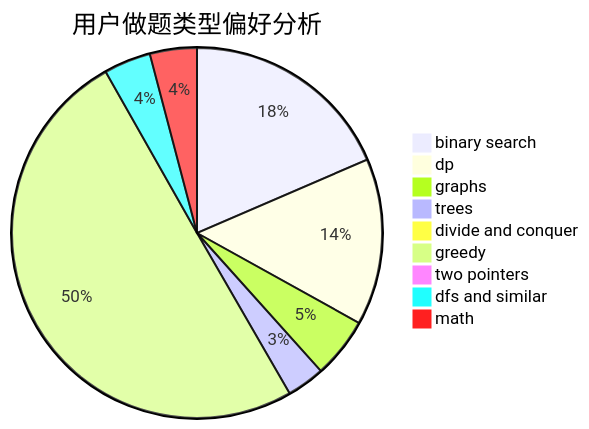
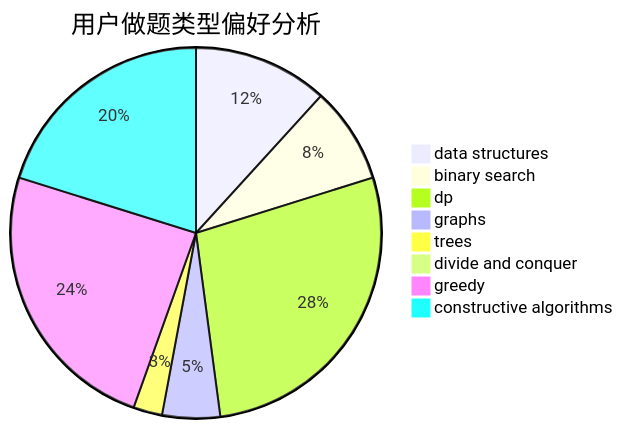
Before and after one commit to sherpahu/cfrs.github.io: the second of 3 diagrams in docs/user/u2200.md, drawn with Mermaid. The commit also changed other lines of this file and 2775 other files, not shown here.

````diff
--- a/docs/user/u2200.md
+++ b/docs/user/u2200.md
@@ -23,12 +23,11 @@
 ```mermaid
 pie title 用户做题类型偏好分析
-    "binary search" :  140
-    "dp" :  110
-    "graphs" :  40
-    "trees" :  25
+    "data structures" :  14
+    "binary search" :  10
+    "dp" :  33
+    "graphs" :  6
+    "trees" :  3
     "divide and conquer" :  0
-    "greedy" :  379
-    "two pointers" :  6
-    "dfs and similar" :  31
-    "math" :  31
+    "greedy" :  29
+    "constructive algorithms" :  24
 ```
````
